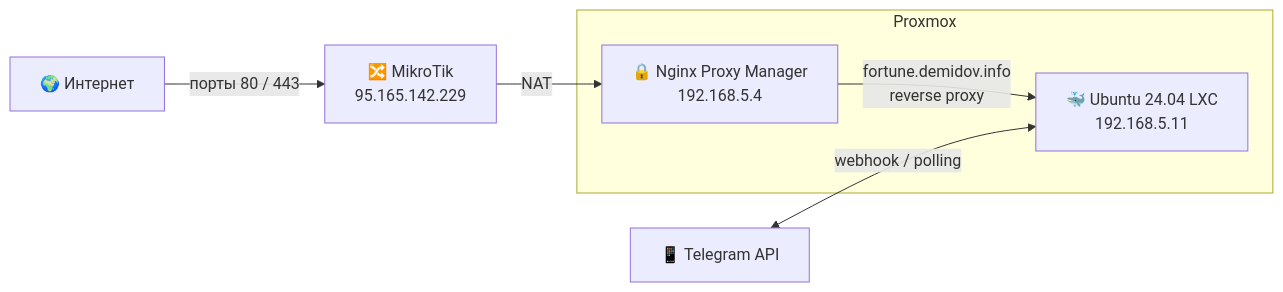
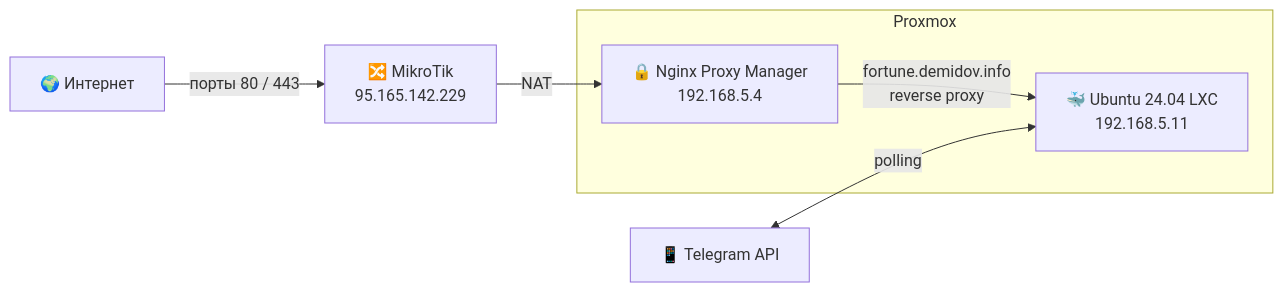
The first of 2 diagrams in README.md (wobujidao/fortune-wheel), drawn with Mermaid before and after one commit. The commit also changed other lines of this file, not shown here.

````diff
--- a/README.md
+++ b/README.md
@@ -175,12 +175,12 @@
 ```mermaid
 graph LR
     A[🌍 Интернет] -->|порты 80 / 443| B[🔀 MikroTik<br/>95.165.142.229]
     B -->|NAT| C[🔒 Nginx Proxy Manager<br/>192.168.5.4]
     C -->|fortune.demidov.info<br/>reverse proxy| D[🐳 cbmo-fortune<br/>192.168.5.11:8000]
-    E[📱 Telegram API] <-->|webhook / polling| D
+    E[📱 Telegram API] <-->|polling| D
 
     subgraph Proxmox
         C
         D[🐳 Ubuntu 24.04 LXC<br/>192.168.5.11]
     end
 ```
````
